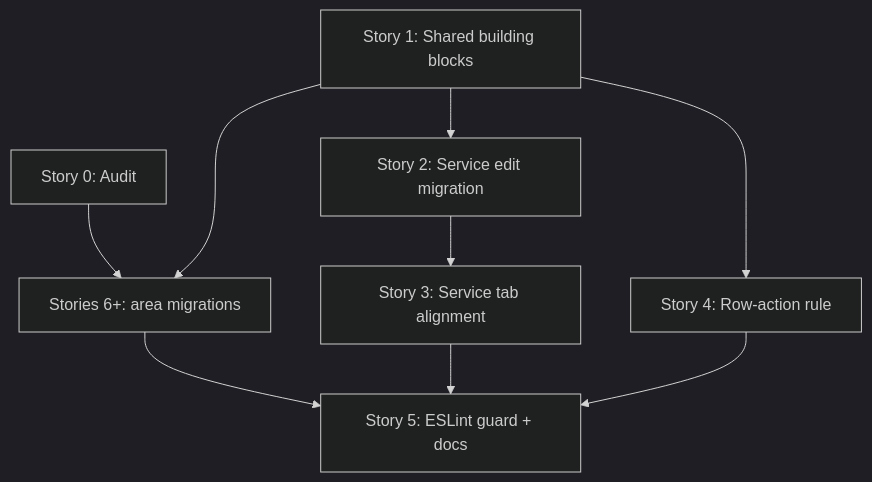
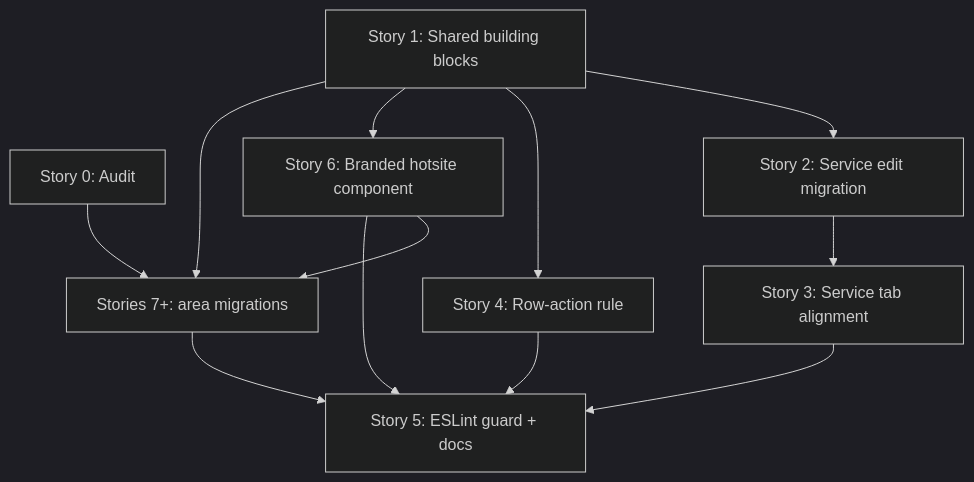
The diagram in td/TD57-INLINE-FEEDBACK-AND-ACTION-PANE-PATTERN.md (lmmoreira/ikaro), drawn with Mermaid (dark theme) before and after one commit. The commit also changed other lines of this file, not shown here.

Commit message:
docs(td): TD57 discovery decisions — branded hotsite pattern, surface classification

````diff
--- a/td/TD57-INLINE-FEEDBACK-AND-ACTION-PANE-PATTERN.md
+++ b/td/TD57-INLINE-FEEDBACK-AND-ACTION-PANE-PATTERN.md
@@ -315,11 +357,14 @@
 ```mermaid
 graph TD
-  S0[Story 0: Audit] --> M[Stories 6+: area migrations]
+  S0[Story 0: Audit] --> M[Stories 7+: area migrations]
   S1[Story 1: Shared building blocks] --> S2[Story 2: Service edit migration]
   S1 --> S4[Story 4: Row-action rule]
+  S1 --> S6[Story 6: Branded hotsite component]
   S1 --> M
+  S6 --> M
   S2 --> S3[Story 3: Service tab alignment]
   M --> S5[Story 5: ESLint guard + docs]
   S3 --> S5
   S4 --> S5
+  S6 --> S5
 ```
````
